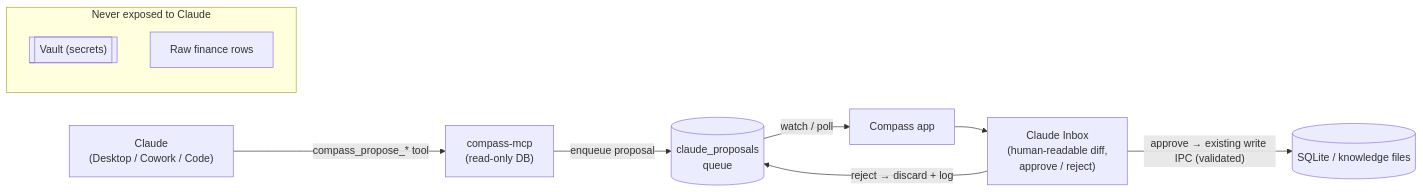
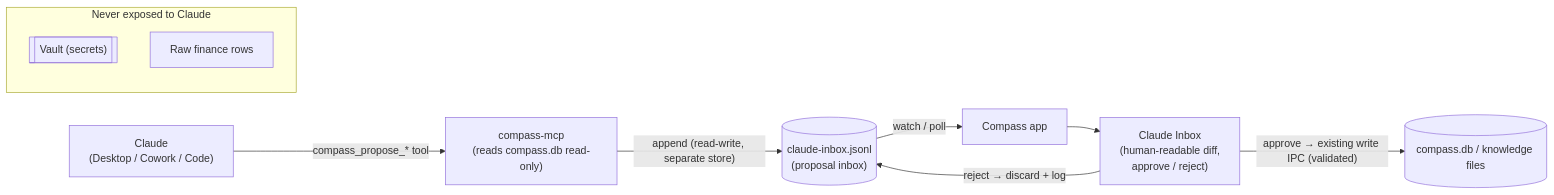
The diagram in docs/claude-integration.md (sandgraal/compass), drawn with Mermaid before and after one commit. The commit also changed other lines of this file and 3 other files, not shown here.

First line of the commit message:
docs: address PR #121 review — clarify proposal store + README wording/anchor

````diff
--- a/docs/claude-integration.md
+++ b/docs/claude-integration.md
@@ -26,13 +30,13 @@
 ```mermaid
 flowchart LR
-  claude["Claude\n(Desktop / Cowork / Code)"] -->|"compass_propose_* tool"| mcp["compass-mcp\n(read-only DB)"]
-  mcp -->|"enqueue proposal"| q[("claude_proposals\nqueue")]
+  claude["Claude\n(Desktop / Cowork / Code)"] -->|"compass_propose_* tool"| mcp["compass-mcp\n(reads compass.db read-only)"]
+  mcp -->|"append (read-write, separate store)"| q[("claude-inbox.jsonl\n(proposal inbox)")]
   q -->|"watch / poll"| app["Compass app"]
   app --> inbox["Claude Inbox\n(human-readable diff,\napprove / reject)"]
-  inbox -->|"approve → existing write IPC (validated)"| db[("SQLite / knowledge files")]
+  inbox -->|"approve → existing write IPC (validated)"| db[("compass.db / knowledge files")]
   inbox -->|"reject → discard + log"| q
   subgraph excluded["Never exposed to Claude"]
     vault[["Vault (secrets)"]]
     raw["Raw finance rows"]
   end
 ```
````
